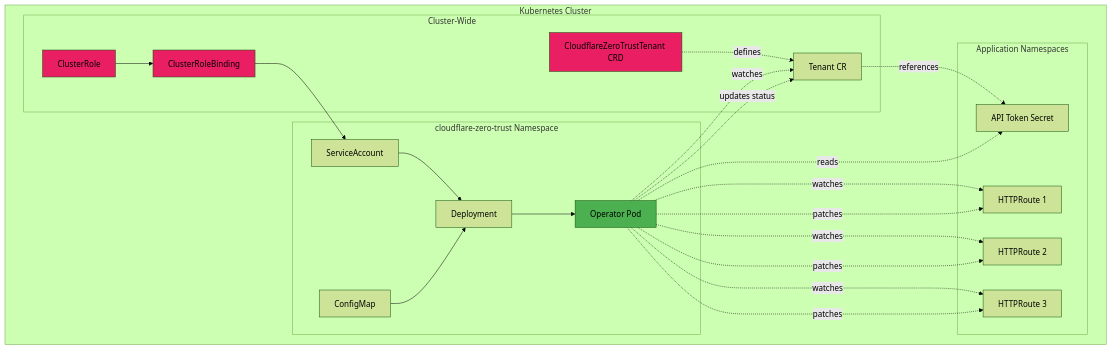
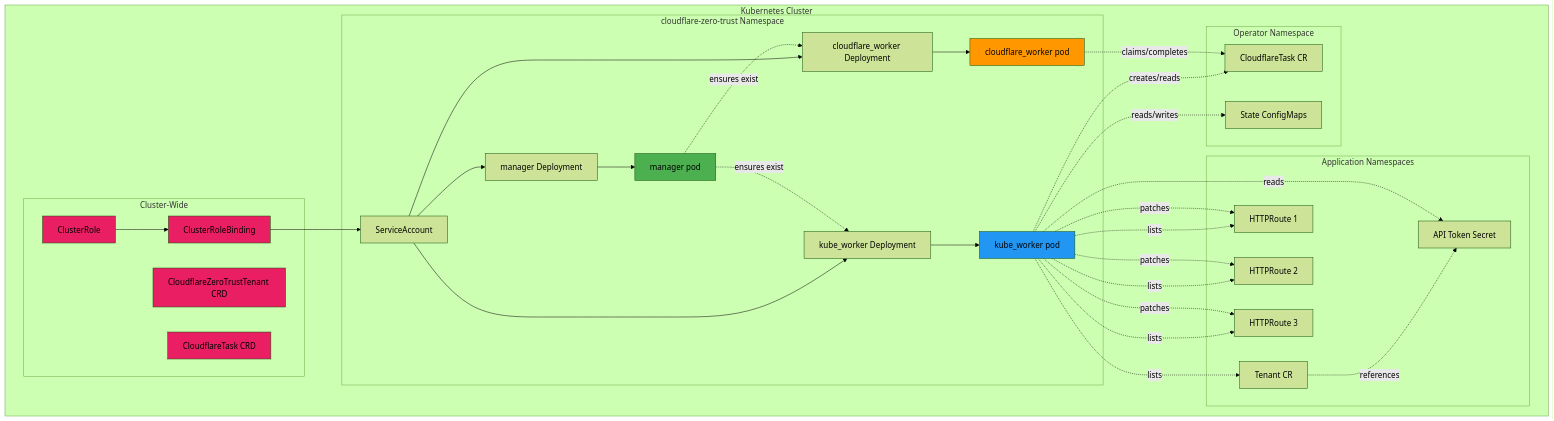
The third of 17 diagrams in docs/architecture.md (wheetazlab/cloudflare-zero-trust-operator), drawn with Mermaid (forest theme) before and after one commit. The commit also changed other lines of this file and 1 other file, not shown here.

````diff
--- a/docs/architecture.md
+++ b/docs/architecture.md
@@ -167,50 +168,66 @@
 ```mermaid
 graph TB
     subgraph "Kubernetes Cluster"
         subgraph "cloudflare-zero-trust Namespace"
             SA[ServiceAccount]
-            CM[ConfigMap]
-            DEP[Deployment]
-            POD1[Operator Pod]
+            MGR_DEP[manager Deployment]
+            KW_DEP[kube_worker Deployment]
+            CW_DEP[cloudflare_worker Deployment]
             
-            SA --> DEP
-            CM --> DEP
-            DEP --> POD1
+            SA --> MGR_DEP
+            SA --> KW_DEP
+            SA --> CW_DEP
+            MGR_DEP --> MGR[manager pod]
+            KW_DEP --> KW[kube_worker pod]
+            CW_DEP --> CW[cloudflare_worker pod]
+            
+            MGR -.ensures exist.-> KW_DEP
+            MGR -.ensures exist.-> CW_DEP
         end
         
         subgraph "Cluster-Wide"
-            CRD[CloudflareZeroTrustTenant CRD]
+            CRD1[CloudflareZeroTrustTenant CRD]
+            CRD2[CloudflareTask CRD]
             CR1[ClusterRole]
             CRB1[ClusterRoleBinding]
             
-            CRD -.defines.-> TENANT1
             CR1 --> CRB1
             CRB1 --> SA
         end
         
         subgraph "Application Namespaces"
             TENANT1[Tenant CR]
             SEC1[API Token Secret]
             IR1[HTTPRoute 1]
             IR2[HTTPRoute 2]
             IR3[HTTPRoute 3]
             
             TENANT1 -.references.-> SEC1
         end
         
-        POD1 -.watches.-> TENANT1
-        POD1 -.watches.-> IR1
-        POD1 -.watches.-> IR2
-        POD1 -.watches.-> IR3
-        POD1 -.reads.-> SEC1
-        POD1 -.patches.-> IR1
-        POD1 -.patches.-> IR2
-        POD1 -.patches.-> IR3
-        POD1 -.updates status.-> TENANT1
+        subgraph "Operator Namespace"
+            TASK[CloudflareTask CR]
+            CFGMAP[State ConfigMaps]
+        end
+        
+        KW -.lists.-> TENANT1
+        KW -.lists.-> IR1
+        KW -.lists.-> IR2
+        KW -.lists.-> IR3
+        KW -.reads.-> SEC1
+        KW -.patches.-> IR1
+        KW -.patches.-> IR2
+        KW -.patches.-> IR3
+        KW -.creates/reads.-> TASK
+        KW -.reads/writes.-> CFGMAP
+        CW -.claims/completes.-> TASK
     end
     
-    style CRD fill:#E91E63
+    style CRD1 fill:#E91E63
+    style CRD2 fill:#E91E63
     style CR1 fill:#E91E63
     style CRB1 fill:#E91E63
-    style POD1 fill:#4CAF50
+    style MGR fill:#4CAF50
+    style KW fill:#2196F3
+    style CW fill:#FF9800
 ```
````
